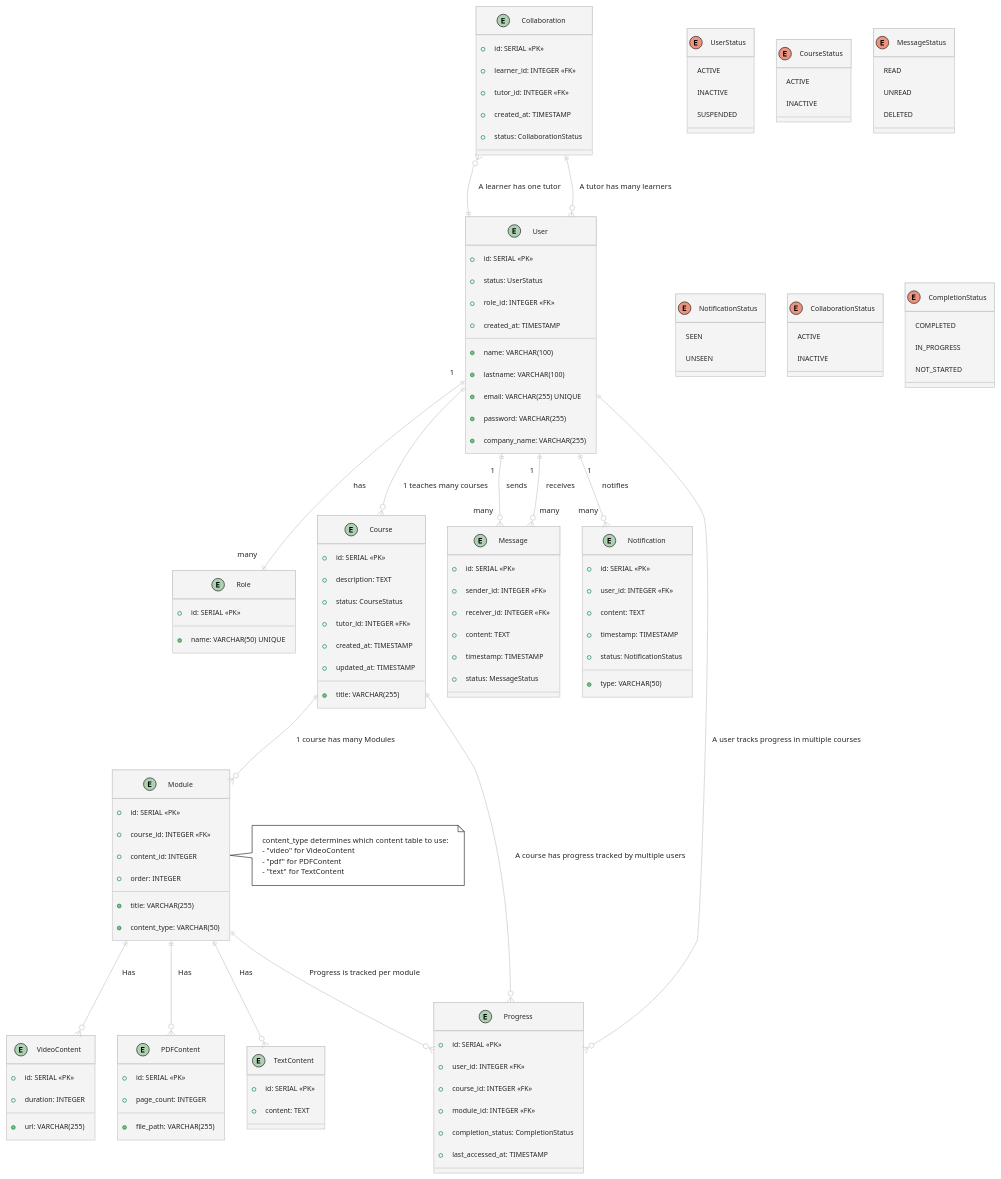
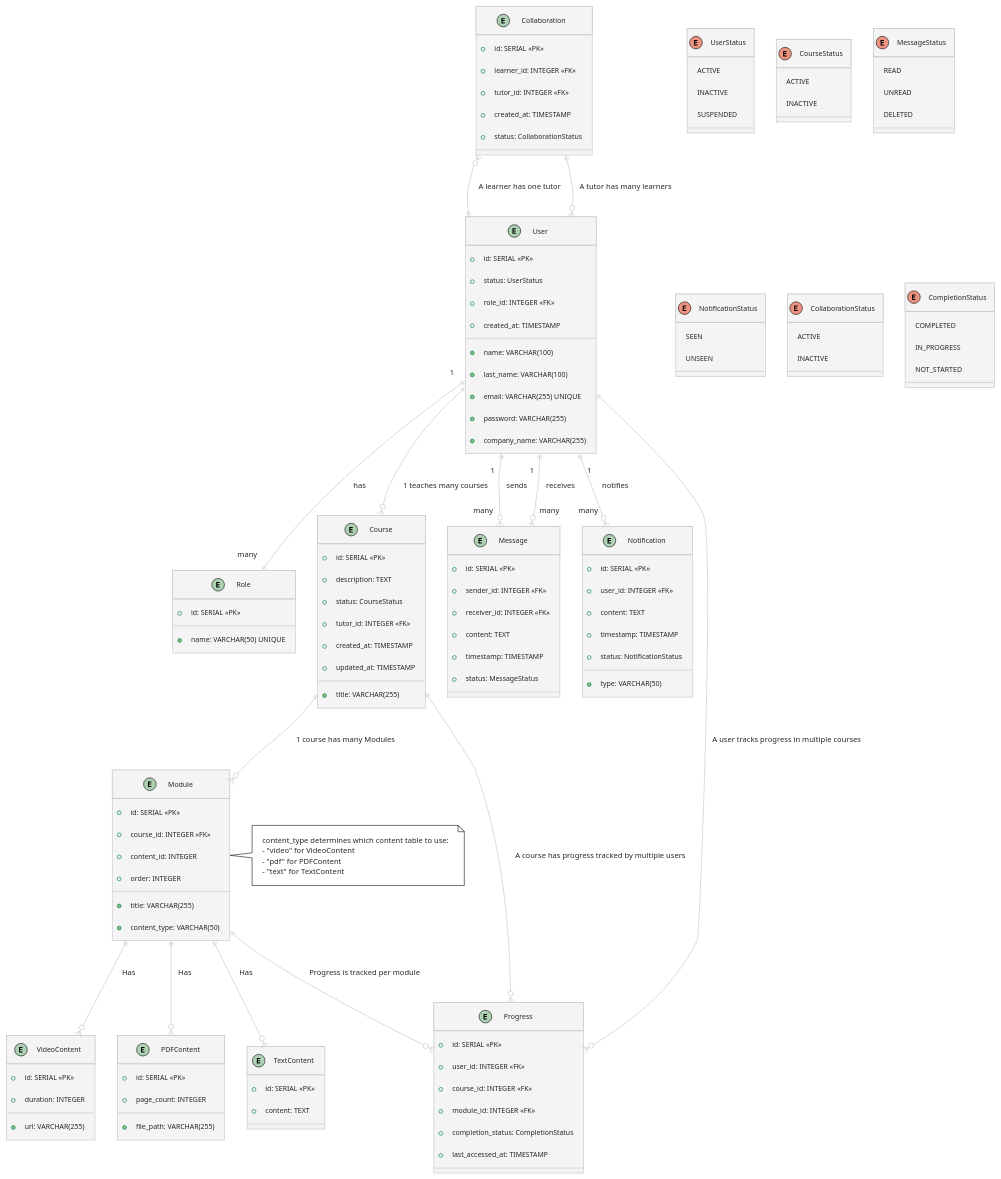
The diagram in UML/entity_relation_diagram.pu (Davidben75/Elearn_api), drawn with PlantUML before and after one commit. The commit also changed 11 other files, not shown here.

Commit message:
update syntax lastName and prisma schema

```diff
--- a/UML/entity_relation_diagram.pu
+++ b/UML/entity_relation_diagram.pu
@@ -1,151 +1,151 @@
 @startuml "Optimized PostgreSQL Schema with Content Type Association"
 !theme carbon-gray
 
 entity User {
   +id: SERIAL <<PK>>
   +name: VARCHAR(100)
-  +lastname: VARCHAR(100)
+  +last_name: VARCHAR(100)
   +email: VARCHAR(255) UNIQUE
   +password: VARCHAR(255)
   +status: UserStatus
   +company_name: VARCHAR(255)
   +role_id: INTEGER <<FK>>
   +created_at: TIMESTAMP
 }
 
 entity Role {
   +id: SERIAL <<PK>>
   +name: VARCHAR(50) UNIQUE
 }
 
 entity Course {
   +id: SERIAL <<PK>>
   +title: VARCHAR(255)
   +description: TEXT
   +status: CourseStatus
   +tutor_id: INTEGER <<FK>>
   +created_at: TIMESTAMP
   +updated_at: TIMESTAMP
 }
 
 entity Module {
   +id: SERIAL <<PK>>
   +course_id: INTEGER <<FK>>
   +title: VARCHAR(255)
   +content_type: VARCHAR(50)
   +content_id: INTEGER
   +order: INTEGER
 }
 
 entity VideoContent {
   +id: SERIAL <<PK>>
   +url: VARCHAR(255)
   +duration: INTEGER
 }
 
 entity PDFContent {
   +id: SERIAL <<PK>>
   +file_path: VARCHAR(255)
   +page_count: INTEGER
 }
 
 entity TextContent {
   +id: SERIAL <<PK>>
   +content: TEXT
 }
 
 entity Message {
   +id: SERIAL <<PK>>
   +sender_id: INTEGER <<FK>>
   +receiver_id: INTEGER <<FK>>
   +content: TEXT
   +timestamp: TIMESTAMP
   +status: MessageStatus
 }
 
 entity Notification {
   +id: SERIAL <<PK>>
   +user_id: INTEGER <<FK>>
   +content: TEXT
   +timestamp: TIMESTAMP
   +status: NotificationStatus
   +type: VARCHAR(50)
 }
 
 entity Collaboration {
   +id: SERIAL <<PK>>
   +learner_id: INTEGER <<FK>>
   +tutor_id: INTEGER <<FK>>
   +created_at: TIMESTAMP
   +status: CollaborationStatus
 }
 
 entity Progress {
   +id: SERIAL <<PK>>
   +user_id: INTEGER <<FK>>
   +course_id: INTEGER <<FK>>
   +module_id: INTEGER <<FK>>
   +completion_status: CompletionStatus
   +last_accessed_at: TIMESTAMP 
 }
 
 enum UserStatus {
   ACTIVE
   INACTIVE
   SUSPENDED
 }
 
 enum CourseStatus {
   ACTIVE
   INACTIVE
 }
 
 enum MessageStatus {
   READ
   UNREAD
   DELETED
 }
 
 enum NotificationStatus {
   SEEN
   UNSEEN
 }
 
 enum CollaborationStatus {
   ACTIVE
   INACTIVE
 }
 
 enum CompletionStatus {
   COMPLETED
   IN_PROGRESS
   NOT_STARTED
 }
 
 User ||--o{ Progress : "A user tracks progress in multiple courses"
 Course ||--o{ Progress : "A course has progress tracked by multiple users"
 Module ||--o{ Progress : "Progress is tracked per module"
 
 User ||--|| Role : "1" has "many"
 User ||--o{ Message : "1" sends "many"
 User ||--o{ Message : "1" receives "many"
 User ||--o{ Notification : "1" notifies "many"
 User ||--o{ Course : "1 teaches many courses"
 
 Course ||--o{ Module : "1 course has many Modules" 
 
 Collaboration }o--|| User : "A learner has one tutor"
 Collaboration ||--o{ User : "A tutor has many learners"
 
 Module ||--o{ VideoContent : "Has"
 Module ||--o{ PDFContent : "Has"
 Module ||--o{ TextContent : "Has"
 
 note right of Module
   content_type determines which content table to use:
   - "video" for VideoContent
   - "pdf" for PDFContent
   - "text" for TextContent
 end note
 
 @enduml
```
